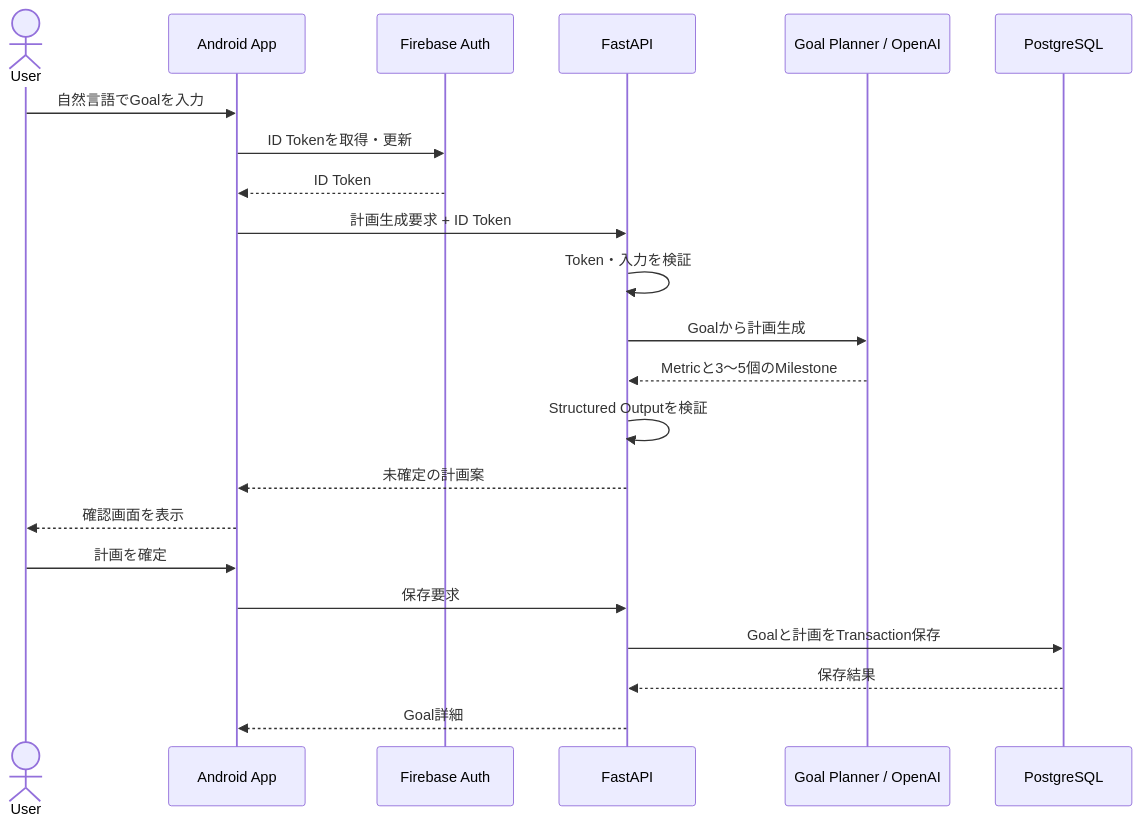
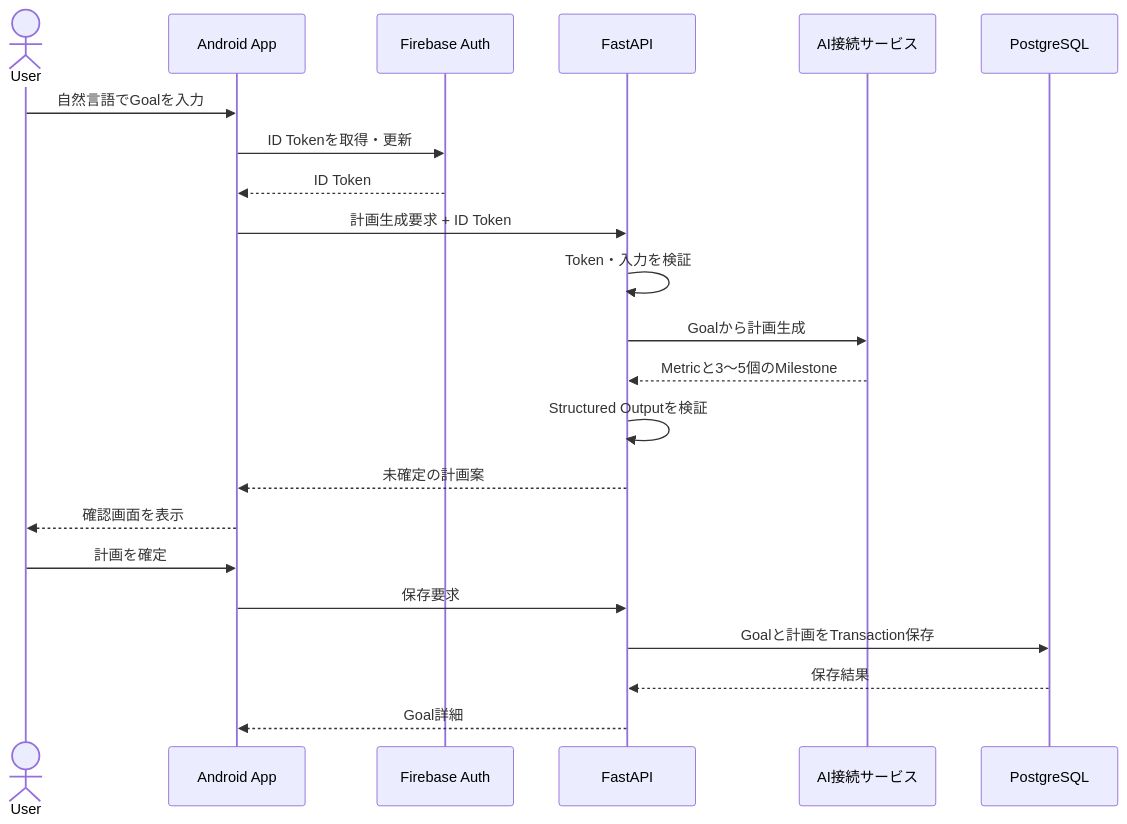
One commit to Yoshiki-Takahashi/life_agent changed the third of 3 diagrams in docs/system-architecture.md. Above: the diagram before and after it, drawn with Mermaid. The commit also changed other lines of this file and 27 other files, not shown here.

````diff
--- a/docs/system-architecture.md
+++ b/docs/system-architecture.md
@@ -99,25 +111,25 @@
 ```mermaid
 sequenceDiagram
     actor User as User
     participant App as Android App
     participant Auth as Firebase Auth
     participant API as FastAPI
-    participant AI as Goal Planner / OpenAI
+    participant AI as AI接続サービス
     participant DB as PostgreSQL
 
     User->>App: 自然言語でGoalを入力
     App->>Auth: ID Tokenを取得・更新
     Auth-->>App: ID Token
     App->>API: 計画生成要求 + ID Token
     API->>API: Token・入力を検証
     API->>AI: Goalから計画生成
     AI-->>API: Metricと3〜5個のMilestone
     API->>API: Structured Outputを検証
     API-->>App: 未確定の計画案
     App-->>User: 確認画面を表示
     User->>App: 計画を確定
     App->>API: 保存要求
     API->>DB: Goalと計画をTransaction保存
     DB-->>API: 保存結果
     API-->>App: Goal詳細
 ```
````
